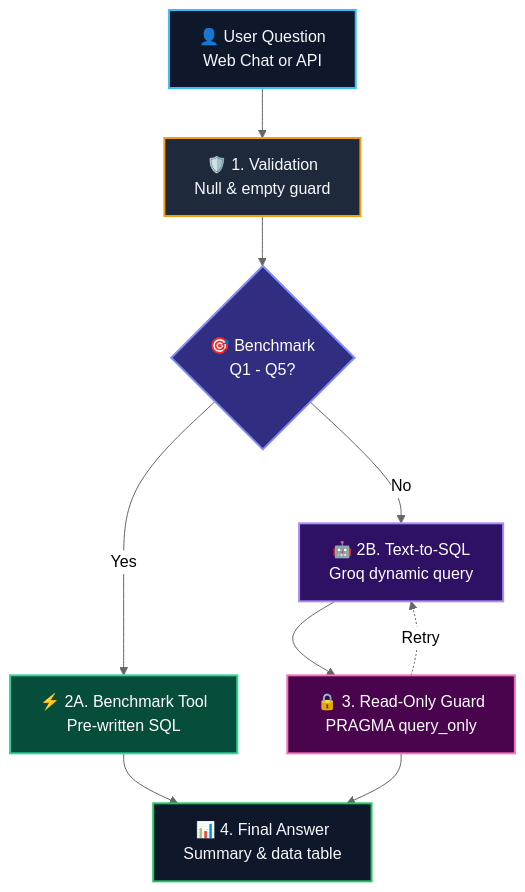
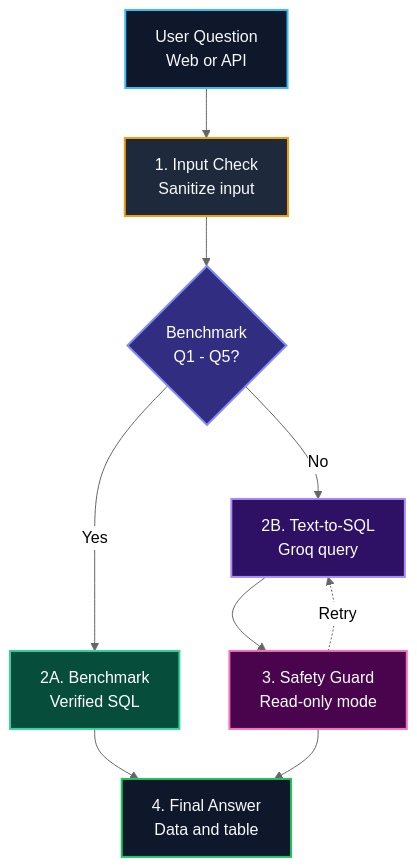
The diagram in README.md (MDsaabiq/RSG-assignment), drawn with Mermaid (neutral theme) before and after one commit.

Commit message:
added readme updates

````diff
--- a/README.md
+++ b/README.md
@@ -96,27 +96,27 @@
 ```mermaid
 flowchart TD
-    User["👤 User Question<br/>Web Chat or API"]
-    InputCheck["🛡️ 1. Validation<br/>Null & empty guard"]
-    Router{"🎯 Benchmark<br/>Q1 - Q5?"}
-    FastTrack["⚡ 2A. Benchmark Tool<br/>Pre-written SQL"]
-    AIQuery["🤖 2B. Text-to-SQL<br/>Groq dynamic query"]
-    SafetyCheck["🔒 3. Read-Only Guard<br/>PRAGMA query_only"]
-    Answer["📊 4. Final Answer<br/>Summary & data table"]
+    User["User Question<br/>Web or API"]
+    InputCheck["1. Input Check<br/>Sanitize input"]
+    Router{"Benchmark<br/>Q1 - Q5?"}
+    FastTrack["2A. Benchmark<br/>Verified SQL"]
+    AIQuery["2B. Text-to-SQL<br/>Groq query"]
+    SafetyCheck["3. Safety Guard<br/>Read-only mode"]
+    Answer["4. Final Answer<br/>Data and table"]
 
     User --> InputCheck
     InputCheck --> Router
     Router -->|Yes| FastTrack
     Router -->|No| AIQuery
     AIQuery --> SafetyCheck
     SafetyCheck -.->|Retry| AIQuery
     FastTrack --> Answer
     SafetyCheck --> Answer
 
     style User fill:#0f172a,stroke:#38bdf8,stroke-width:2px,color:#f8fafc
     style InputCheck fill:#1e293b,stroke:#f59e0b,stroke-width:2px,color:#f8fafc
     style Router fill:#312e81,stroke:#818cf8,stroke-width:2px,color:#ffffff
     style FastTrack fill:#064e3b,stroke:#34d399,stroke-width:2px,color:#ffffff
     style AIQuery fill:#2e1065,stroke:#a78bfa,stroke-width:2px,color:#ffffff
     style SafetyCheck fill:#4a044e,stroke:#f472b6,stroke-width:2px,color:#ffffff
     style Answer fill:#0f172a,stroke:#22c55e,stroke-width:2px,color:#f8fafc
 ```
````
